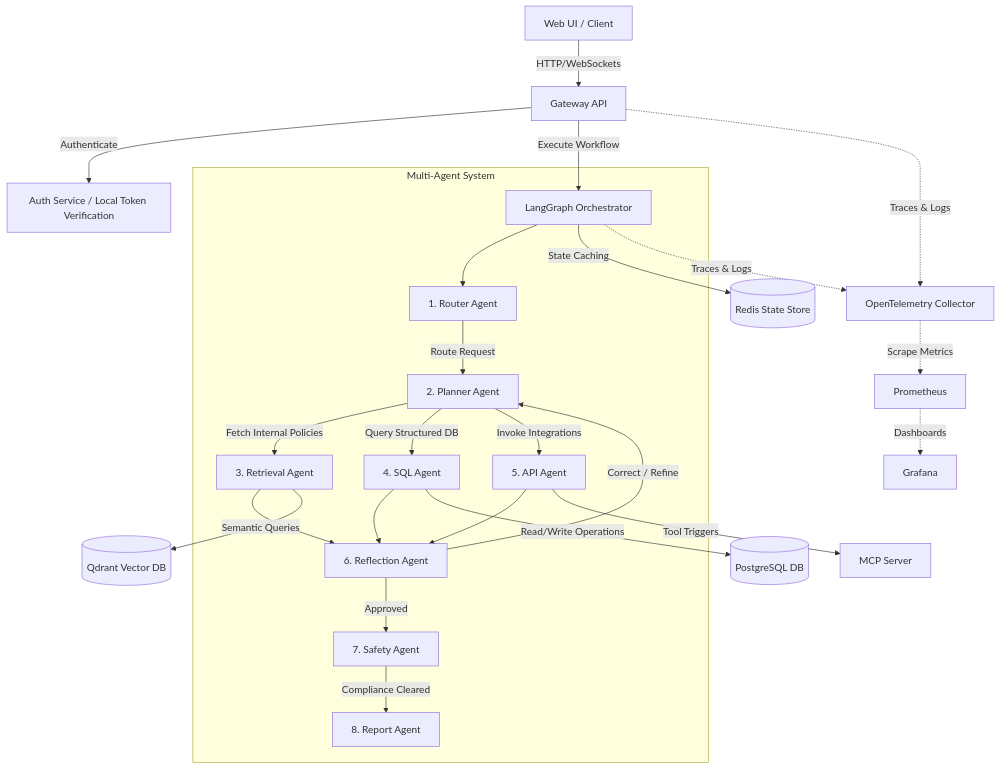
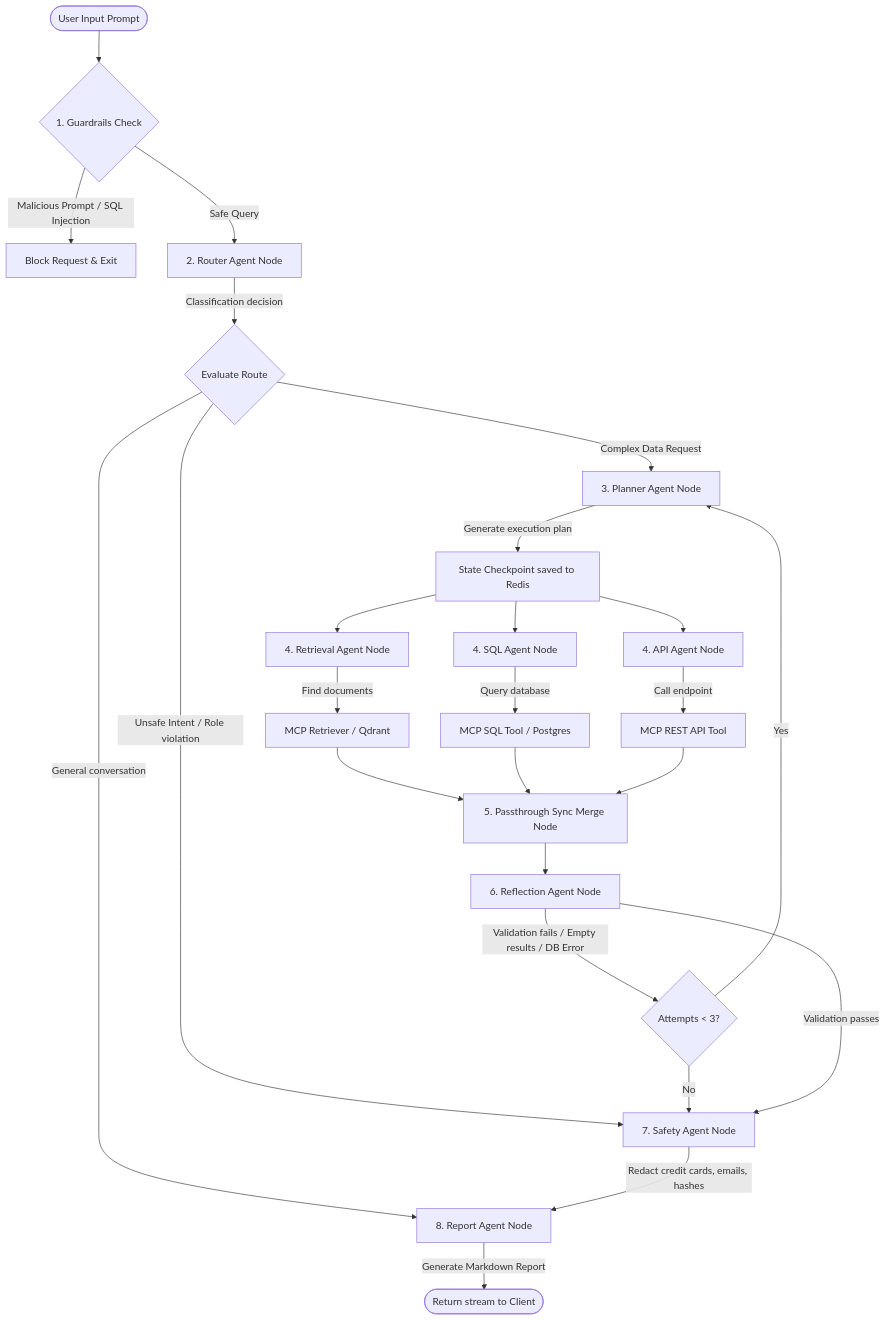
One commit to DarshanKamate1254/Enterprise-AI-Operations-Platform changed the second of 3 diagrams in README.md. Above: the diagram before and after it, drawn with Mermaid. The commit also changed other lines of this file, not shown here.

Commit message:
docs: update README with detailed system architecture, component taxonomy, and agent execution flow diagrams

````diff
--- a/README.md
+++ b/README.md
@@ -20,34 +76,40 @@
 ```mermaid
 flowchart TD
-    Client[Web UI / Client] -->|HTTP/WebSockets| GW[Gateway API]
-    GW -->|Authenticate| Auth[Auth Service / Local Token Verification]
-    GW -->|Execute Workflow| LG[LangGraph Orchestrator]
+    Start([User Input Prompt]) --> Security{1. Guardrails Check}
     
-    subgraph Multi-Agent System
-        LG --> Router[1. Router Agent]
-        Router -->|Route Request| Planner[2. Planner Agent]
-        Planner -->|Fetch Internal Policies| RAG_A[3. Retrieval Agent]
-        Planner -->|Query Structured DB| SQL_A[4. SQL Agent]
-        Planner -->|Invoke Integrations| API_A[5. API Agent]
-        
-        RAG_A --> Ref[6. Reflection Agent]
-        SQL_A --> Ref
-        API_A --> Ref
-        
-        Ref -->|Correct / Refine| Planner
-        Ref -->|Approved| Safety[7. Safety Agent]
-        Safety -->|Compliance Cleared| Report[8. Report Agent]
-      end
-
-    RAG_A -->|Semantic Queries| Qdrant[(Qdrant Vector DB)]
-    SQL_A -->|Read/Write Operations| Postgres[(PostgreSQL DB)]
-    API_A -->|Tool Triggers| MCP[MCP Server]
+    Security -->|Malicious Prompt / SQL Injection| ActionBlock[Block Request & Exit]
+    Security -->|Safe Query| Router[2. Router Agent Node]
     
-    LG -->|State Caching| Redis[(Redis State Store)]
+    Router -->|Classification decision| RouteCheck{Evaluate Route}
     
-    %% Monitoring & Observability
-    GW -.->|Traces & Logs| OTEL[OpenTelemetry Collector]
-    LG -.->|Traces & Logs| OTEL
-    OTEL -.->|Scrape Metrics| Prom[Prometheus]
-    Prom -.->|Dashboards| Grafana[Grafana]
+    RouteCheck -->|Unsafe Intent / Role violation| SafetyRedact[7. Safety Agent Node]
+    RouteCheck -->|General conversation| ReportComp[8. Report Agent Node]
+    RouteCheck -->|Complex Data Request| Planner[3. Planner Agent Node]
+    
+    Planner -->|Generate execution plan| Checkpoint[State Checkpoint saved to Redis]
+    
+    %% Parallel Executions
+    Checkpoint --> RetrievalAgent[4. Retrieval Agent Node]
+    Checkpoint --> SQLAgent[4. SQL Agent Node]
+    Checkpoint --> APIAgent[4. API Agent Node]
+    
+    RetrievalAgent -->|Find documents| RetrieveTool[MCP Retriever / Qdrant]
+    SQLAgent -->|Query database| SQLTool[MCP SQL Tool / Postgres]
+    APIAgent -->|Call endpoint| APITool[MCP REST API Tool]
+    
+    RetrieveTool --> Merge[5. Passthrough Sync Merge Node]
+    SQLTool --> Merge
+    APITool --> Merge
+    
+    Merge --> Reflection[6. Reflection Agent Node]
+    
+    Reflection -->|Validation fails / Empty results / DB Error| CheckRetry{Attempts < 3?}
+    CheckRetry -->|Yes| Planner
+    CheckRetry -->|No| SafetyRedact
+    
+    Reflection -->|Validation passes| SafetyRedact
+    
+    SafetyRedact -->|Redact credit cards, emails, hashes| ReportComp
+    
+    ReportComp -->|Generate Markdown Report| Output([Return stream to Client])
 ```
````
